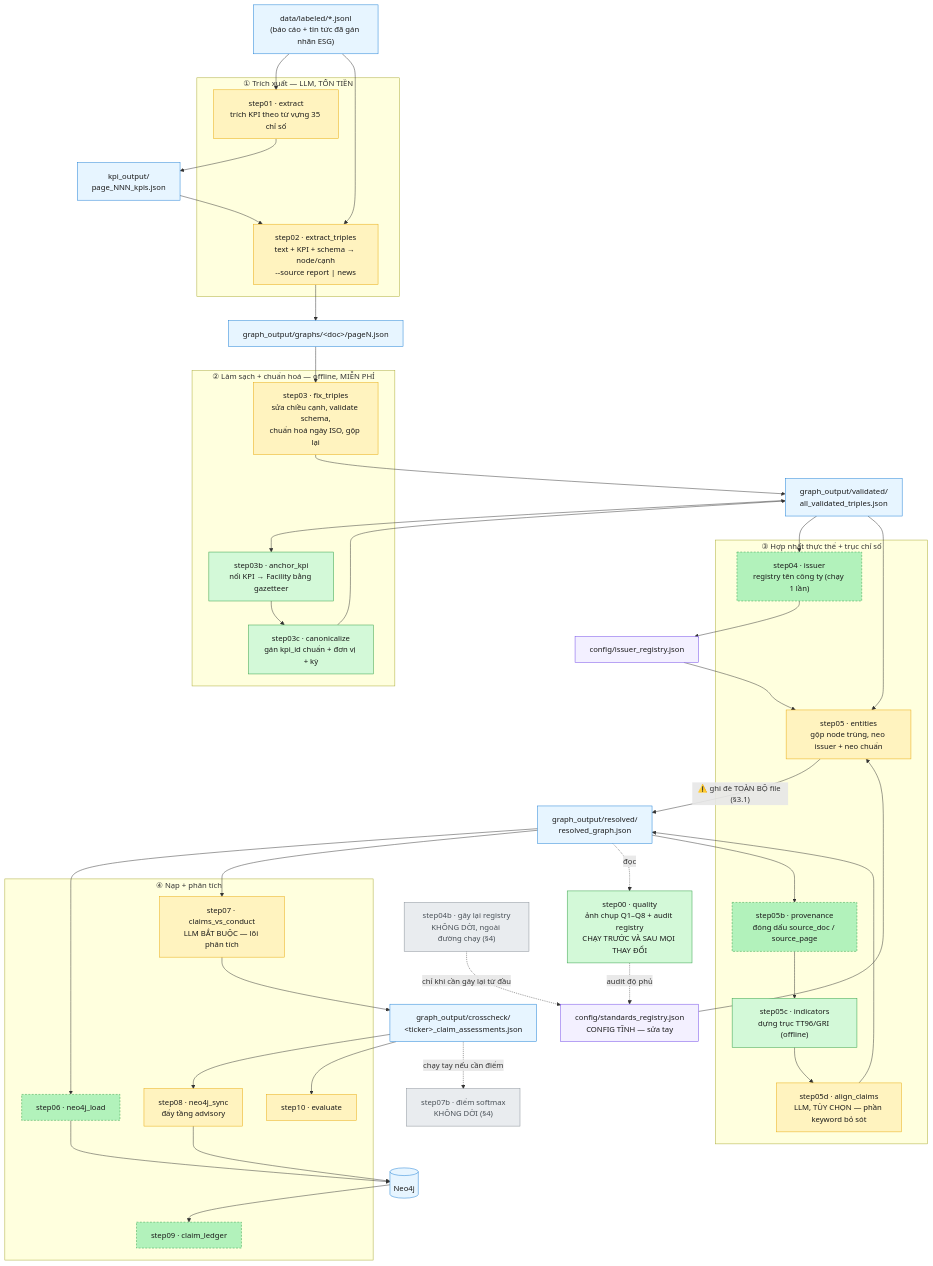
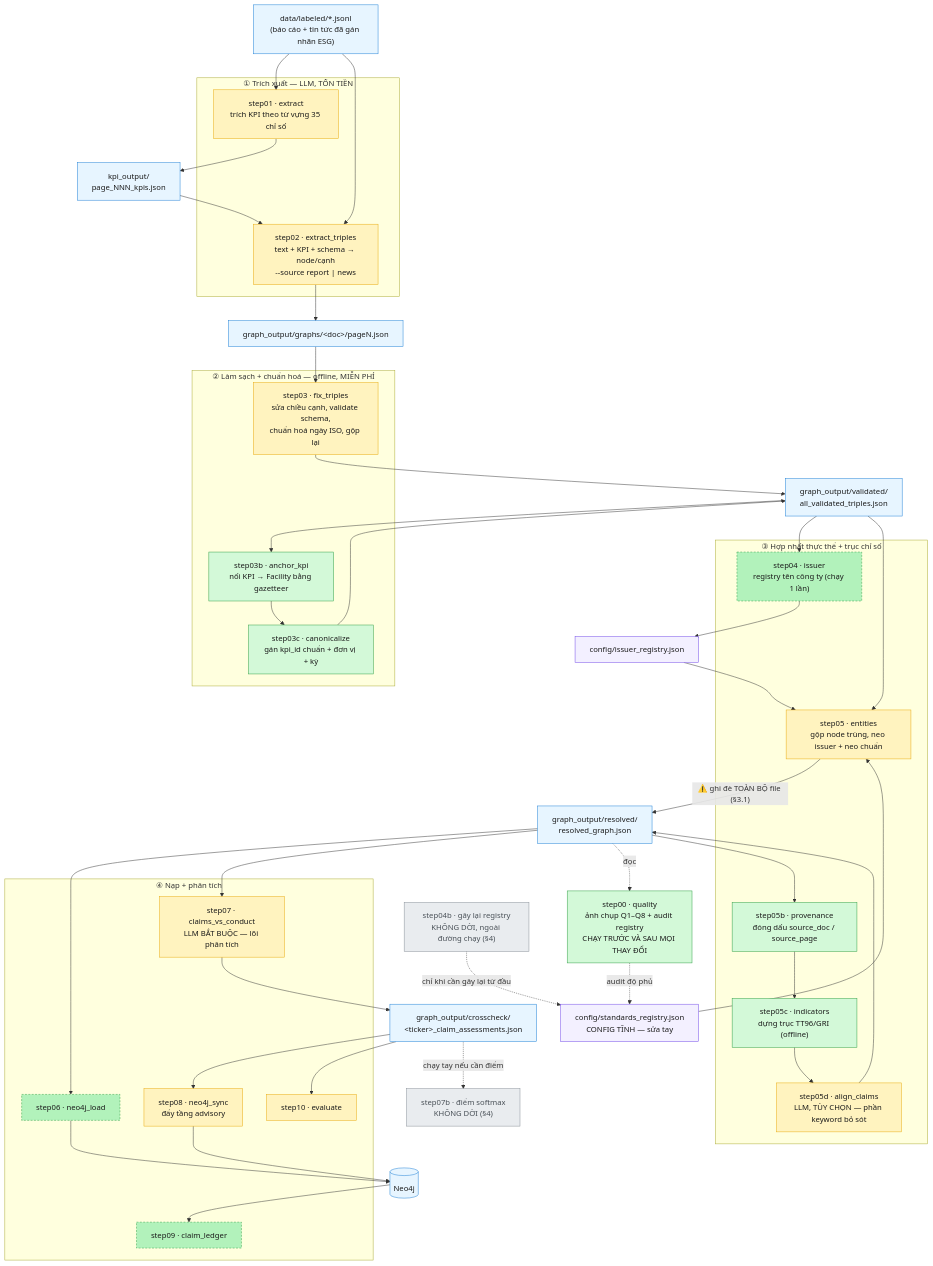
Before and after one commit to TranBaDat2607/capstone_test1: the first of 4 diagrams in src_module/PIPELINE.md, drawn with Mermaid. The commit also changed other lines of this file and 3 other files, not shown here.

````diff
--- a/src_module/PIPELINE.md
+++ b/src_module/PIPELINE.md
@@ -20,72 +21,72 @@
 ```mermaid
 flowchart TD
     classDef migrated fill:#d3f9d8,stroke:#2f9e44,color:#1a1a1a
     classDef ready    fill:#b2f2bb,stroke:#2f9e44,stroke-dasharray:4 3,color:#1a1a1a
     classDef pending  fill:#fff3bf,stroke:#e8a90c,color:#1a1a1a
     classDef notport  fill:#e9ecef,stroke:#868e96,color:#495057
     classDef data     fill:#e7f5ff,stroke:#1c7ed6,color:#1a1a1a
     classDef cfg      fill:#f3f0ff,stroke:#7048e8,color:#1a1a1a
 
     JSONL["data/labeled/*.jsonl<br/>(báo cáo + tin tức đã gán nhãn ESG)"]:::data
 
     subgraph P1["① Trích xuất — LLM, TỐN TIỀN"]
         S01["step01 · extract<br/>trích KPI theo từ vựng 35 chỉ số"]:::pending
         S02["step02 · extract_triples<br/>text + KPI + schema → node/cạnh<br/>--source report | news"]:::pending
     end
 
     KPIOUT["kpi_output/<br/>page_NNN_kpis.json"]:::data
     GRAPHS["graph_output/graphs/&lt;doc&gt;/pageN.json"]:::data
 
     subgraph P2["② Làm sạch + chuẩn hoá — offline, MIỄN PHÍ"]
         S03["step03 · fix_triples<br/>sửa chiều cạnh, validate schema,<br/>chuẩn hoá ngày ISO, gộp lại"]:::pending
         S03B["step03b · anchor_kpi<br/>nối KPI → Facility bằng gazetteer"]:::migrated
         S03C["step03c · canonicalize<br/>gán kpi_id chuẩn + đơn vị + kỳ"]:::migrated
     end
 
     VALID["graph_output/validated/<br/>all_validated_triples.json"]:::data
 
     subgraph P3["③ Hợp nhất thực thể + trục chỉ số"]
         S04["step04 · issuer<br/>registry tên công ty (chạy 1 lần)"]:::ready
         S05["step05 · entities<br/>gộp node trùng, neo issuer + neo chuẩn"]:::pending
-        S05B["step05b · provenance<br/>đóng dấu source_doc / source_page"]:::ready
+        S05B["step05b · provenance<br/>đóng dấu source_doc / source_page"]:::migrated
         S05C["step05c · indicators<br/>dựng trục TT96/GRI (offline)"]:::migrated
         S05D["step05d · align_claims<br/>LLM, TÙY CHỌN — phần keyword bỏ sót"]:::pending
     end
 
     RESOLVED["graph_output/resolved/<br/>resolved_graph.json"]:::data
 
     subgraph P4["④ Nạp + phân tích"]
         S06["step06 · neo4j_load"]:::ready
         S07["step07 · claims_vs_conduct<br/>LLM BẮT BUỘC — lõi phân tích"]:::pending
         S08["step08 · neo4j_sync<br/>đẩy tầng advisory"]:::pending
         S09["step09 · claim_ledger"]:::ready
         S10["step10 · evaluate"]:::pending
     end
 
     REGI["config/issuer_registry.json"]:::cfg
     REGS["config/standards_registry.json<br/>CONFIG TĨNH — sửa tay"]:::cfg
     DOSSIER["graph_output/crosscheck/<br/>&lt;ticker&gt;_claim_assessments.json"]:::data
     NEO[("Neo4j")]:::data
 
     S00["step00 · quality<br/>ảnh chụp Q1–Q8 + audit registry<br/>CHẠY TRƯỚC VÀ SAU MỌI THAY ĐỔI"]:::migrated
     S07B["step07b · điểm softmax<br/>KHÔNG DỜI (§4)"]:::notport
     S04B["step04b · gây lại registry<br/>KHÔNG DỜI, ngoài đường chạy (§4)"]:::notport
 
     JSONL --> S01 --> KPIOUT --> S02
     JSONL --> S02 --> GRAPHS --> S03 --> VALID
     VALID --> S03B --> S03C --> VALID
     VALID --> S04 --> REGI --> S05
     REGS --> S05
     VALID --> S05
     S05 -->|"⚠️ ghi đè TOÀN BỘ file (§3.1)"| RESOLVED
     RESOLVED --> S05B --> S05C --> S05D --> RESOLVED
     RESOLVED --> S06 --> NEO
     RESOLVED --> S07 --> DOSSIER --> S08 --> NEO
     NEO --> S09
     DOSSIER --> S10
 
     RESOLVED -.->|"đọc"| S00
     S00 -.->|"audit độ phủ"| REGS
     S04B -.->|"chỉ khi cần gây lại từ đầu"| REGS
     DOSSIER -.->|"chạy tay nếu cần điểm"| S07B
 ```
````
